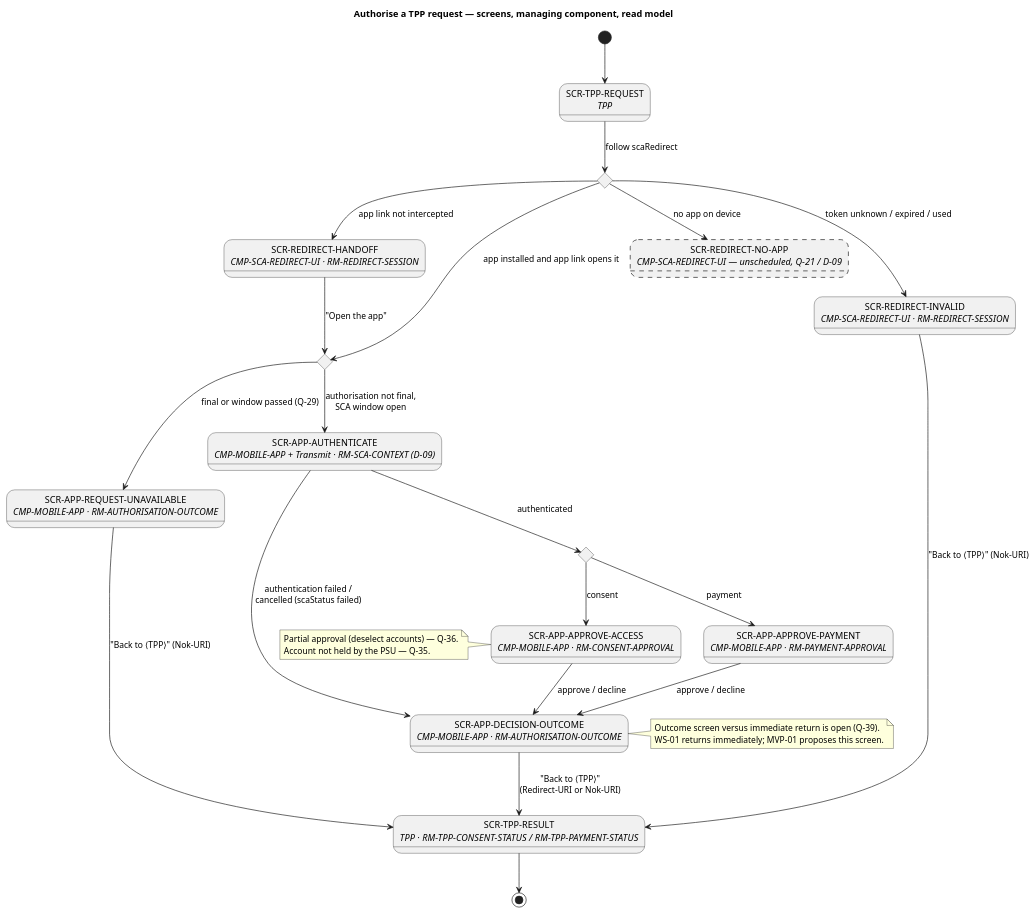
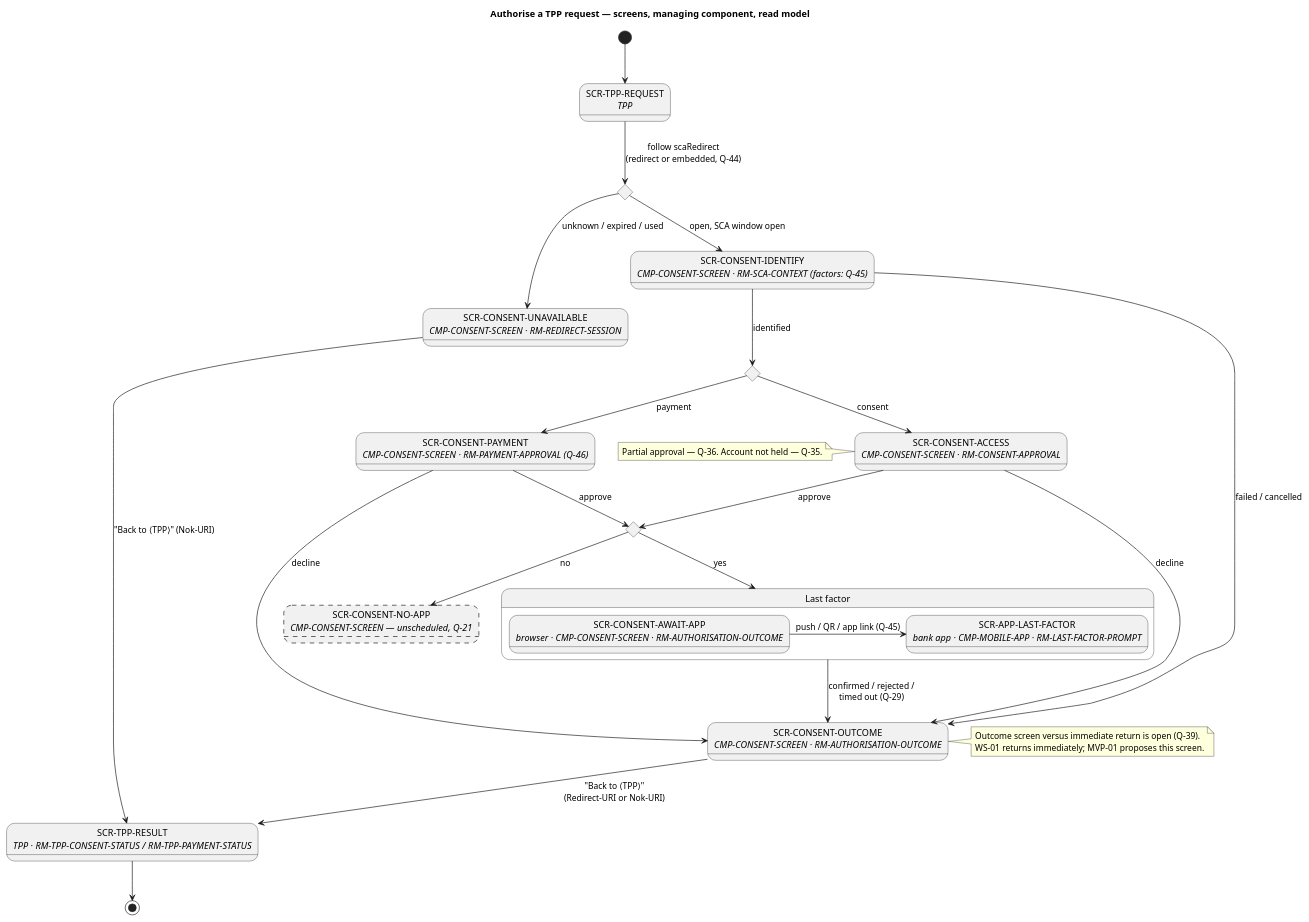
Before and after one commit to vondacho/psd2-sandbox: the diagram in docs/system/uml/ux/authorisation-screen-flow.puml, drawn with PlantUML. The commit also changed 32 other files, not shown here.

First line of the commit message:
Realign proposal with ADR revision: consent screen, app as last factor

```diff
--- a/docs/system/uml/ux/authorisation-screen-flow.puml
+++ b/docs/system/uml/ux/authorisation-screen-flow.puml
@@ -1,50 +1,51 @@
 @startuml authorisation-screen-flow
-' Screen flow — authorise a TPP request (consent or payment). PROPOSAL, AI, 2026-09-19 (iteration 2).
+' Screen flow — authorise a TPP request (consent or payment). PROPOSAL, AI, 2026-09-19.
+' Iteration 3 (SRC-ADR 87c72b8): approval on the consent screen (provider D-01); the mobile app
+' carries only the last SCA factor, often on another device than the browser.
 ' Screens (SCR-*) and read models (RM-*) are defined in docs/journeys/service-blueprint.md.
-' Stories: STORY-SCA-REDIRECT-APP, STORY-PIS-SCA-REDIRECT-APP, STORY-SCA-CONSENT-DETAILS,
-'          STORY-SCA-OUTCOME, STORY-SCA-REQUEST-UNAVAILABLE, STORY-SCA-NO-APP (unscheduled).
 title Authorise a TPP request — screens, managing component, read model
 
 state "SCR-TPP-REQUEST\n<i>TPP</i>" as TppReq
-state "App link resolved" as Link <<choice>>
-state "SCR-REDIRECT-HANDOFF\n<i>CMP-SCA-REDIRECT-UI · RM-REDIRECT-SESSION</i>" as Handoff
-state "SCR-REDIRECT-INVALID\n<i>CMP-SCA-REDIRECT-UI · RM-REDIRECT-SESSION</i>" as InvalidWeb
-state "SCR-REDIRECT-NO-APP\n<i>CMP-SCA-REDIRECT-UI — unscheduled, Q-21 / D-09</i>" as NoApp #line.dashed
-state "Request still open?" as Open <<choice>>
-state "SCR-APP-AUTHENTICATE\n<i>CMP-MOBILE-APP + Transmit · RM-SCA-CONTEXT (D-09)</i>" as Auth
+state "Redirect token valid?" as Link <<choice>>
+state "SCR-CONSENT-UNAVAILABLE\n<i>CMP-CONSENT-SCREEN · RM-REDIRECT-SESSION</i>" as Unavailable
+state "SCR-CONSENT-IDENTIFY\n<i>CMP-CONSENT-SCREEN · RM-SCA-CONTEXT (factors: Q-45)</i>" as Identify
 state "Purpose" as Purpose <<choice>>
-state "SCR-APP-APPROVE-ACCESS\n<i>CMP-MOBILE-APP · RM-CONSENT-APPROVAL</i>" as ApproveAccess
-state "SCR-APP-APPROVE-PAYMENT\n<i>CMP-MOBILE-APP · RM-PAYMENT-APPROVAL</i>" as ApprovePayment
-state "SCR-APP-DECISION-OUTCOME\n<i>CMP-MOBILE-APP · RM-AUTHORISATION-OUTCOME</i>" as Outcome
-state "SCR-APP-REQUEST-UNAVAILABLE\n<i>CMP-MOBILE-APP · RM-AUTHORISATION-OUTCOME</i>" as InvalidApp
+state "SCR-CONSENT-ACCESS\n<i>CMP-CONSENT-SCREEN · RM-CONSENT-APPROVAL</i>" as Access
+state "SCR-CONSENT-PAYMENT\n<i>CMP-CONSENT-SCREEN · RM-PAYMENT-APPROVAL (Q-46)</i>" as Payment
+state "Registered app?" as HasApp <<choice>>
+state "SCR-CONSENT-NO-APP\n<i>CMP-CONSENT-SCREEN — unscheduled, Q-21</i>" as NoApp #line.dashed
+state "Last factor" as LF {
+  state "SCR-CONSENT-AWAIT-APP\n<i>browser · CMP-CONSENT-SCREEN · RM-AUTHORISATION-OUTCOME</i>" as Await
+  state "SCR-APP-LAST-FACTOR\n<i>bank app · CMP-MOBILE-APP · RM-LAST-FACTOR-PROMPT</i>" as AppLF
+  Await -right-> AppLF : push / QR / app link (Q-45)
+}
+state "SCR-CONSENT-OUTCOME\n<i>CMP-CONSENT-SCREEN · RM-AUTHORISATION-OUTCOME</i>" as Outcome
 state "SCR-TPP-RESULT\n<i>TPP · RM-TPP-CONSENT-STATUS / RM-TPP-PAYMENT-STATUS</i>" as TppResult
 
 [*] --> TppReq
-TppReq --> Link : follow scaRedirect
-Link --> Open : app installed and app link opens it
-Link --> Handoff : app link not intercepted
-Link --> InvalidWeb : token unknown / expired / used
-Link --> NoApp : no app on device
-Handoff --> Open : "Open the app"
-Open --> Auth : authorisation not final,\nSCA window open
-Open --> InvalidApp : final or window passed (Q-29)
-Auth --> Purpose : authenticated
-Auth --> Outcome : authentication failed /\ncancelled (scaStatus failed)
-Purpose --> ApproveAccess : consent
-Purpose --> ApprovePayment : payment
-ApproveAccess --> Outcome : approve / decline
-ApprovePayment --> Outcome : approve / decline
+TppReq --> Link : follow scaRedirect\n(redirect or embedded, Q-44)
+Link --> Identify : open, SCA window open
+Link --> Unavailable : unknown / expired / used
+Identify --> Purpose : identified
+Identify --> Outcome : failed / cancelled
+Purpose --> Access : consent
+Purpose --> Payment : payment
+Access --> HasApp : approve
+Payment --> HasApp : approve
+Access --> Outcome : decline
+Payment --> Outcome : decline
+HasApp --> LF : yes
+HasApp --> NoApp : no
+LF --> Outcome : confirmed / rejected /\ntimed out (Q-29)
 Outcome --> TppResult : "Back to ⟨TPP⟩"\n(Redirect-URI or Nok-URI)
-InvalidApp --> TppResult : "Back to ⟨TPP⟩" (Nok-URI)
-InvalidWeb --> TppResult : "Back to ⟨TPP⟩" (Nok-URI)
+Unavailable --> TppResult : "Back to ⟨TPP⟩" (Nok-URI)
 TppResult --> [*]
 
 note right of Outcome
   Outcome screen versus immediate return is open (Q-39).
   WS-01 returns immediately; MVP-01 proposes this screen.
 end note
-note left of ApproveAccess
-  Partial approval (deselect accounts) — Q-36.
-  Account not held by the PSU — Q-35.
+note left of Access
+  Partial approval — Q-36. Account not held — Q-35.
 end note
 @enduml
```
